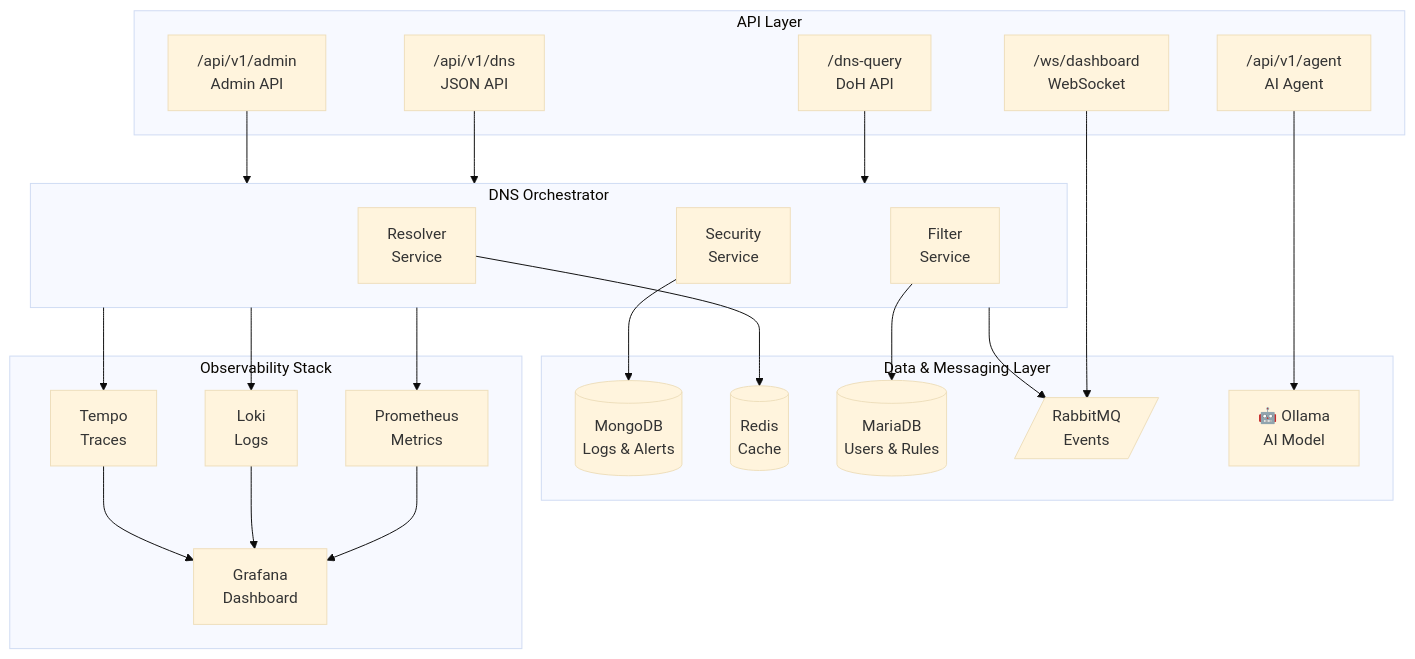
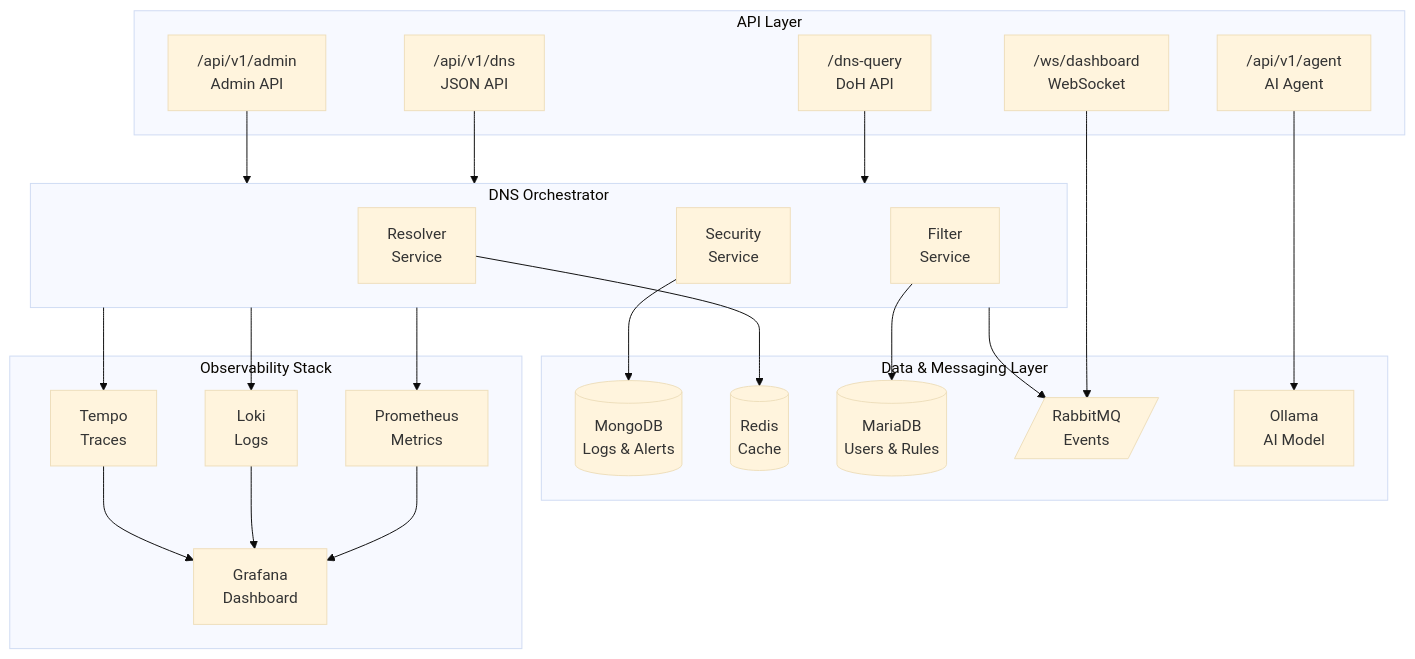
Before and after one commit to xDazld/microservices-final-project: the third of 8 diagrams in README.md, drawn with Mermaid (base theme). The commit also changed other lines of this file, not shown here.

````diff
--- a/README.md
+++ b/README.md
@@ -68,49 +136,49 @@
 ```mermaid
 flowchart TB
     subgraph API["API Layer"]
         DoH["/dns-query<br/>DoH API"]
         JSON["/api/v1/dns<br/>JSON API"]
         Admin["/api/v1/admin<br/>Admin API"]
         Agent["/api/v1/agent<br/>AI Agent"]
         WS["/ws/dashboard<br/>WebSocket"]
     end
 
     subgraph Core["DNS Orchestrator"]
         Resolver["Resolver<br/>Service"]
         Filter["Filter<br/>Service"]
         Security["Security<br/>Service"]
     end
 
     subgraph Data["Data & Messaging Layer"]
         MongoDB[(MongoDB<br/>Logs & Alerts)]
         Redis[(Redis<br/>Cache)]
         MariaDB[(MariaDB<br/>Users & Rules)]
         RabbitMQ[/RabbitMQ<br/>Events/]
-        Ollama["🤖 Ollama<br/>AI Model"]
+        Ollama[" Ollama<br/>AI Model"]
     end
 
     subgraph Observability["Observability Stack"]
         Prometheus["Prometheus<br/>Metrics"]
         Loki["Loki<br/>Logs"]
         Tempo["Tempo<br/>Traces"]
         Grafana["Grafana<br/>Dashboard"]
     end
 
     DoH --> Core
     JSON --> Core
     Admin --> Core
     Agent --> Ollama
     WS --> RabbitMQ
 
     Resolver --> Redis
     Filter --> MariaDB
     Security --> MongoDB
     Core --> RabbitMQ
 
     Core --> Prometheus
     Core --> Loki
     Core --> Tempo
     Prometheus --> Grafana
     Loki --> Grafana
     Tempo --> Grafana
 ```
````
